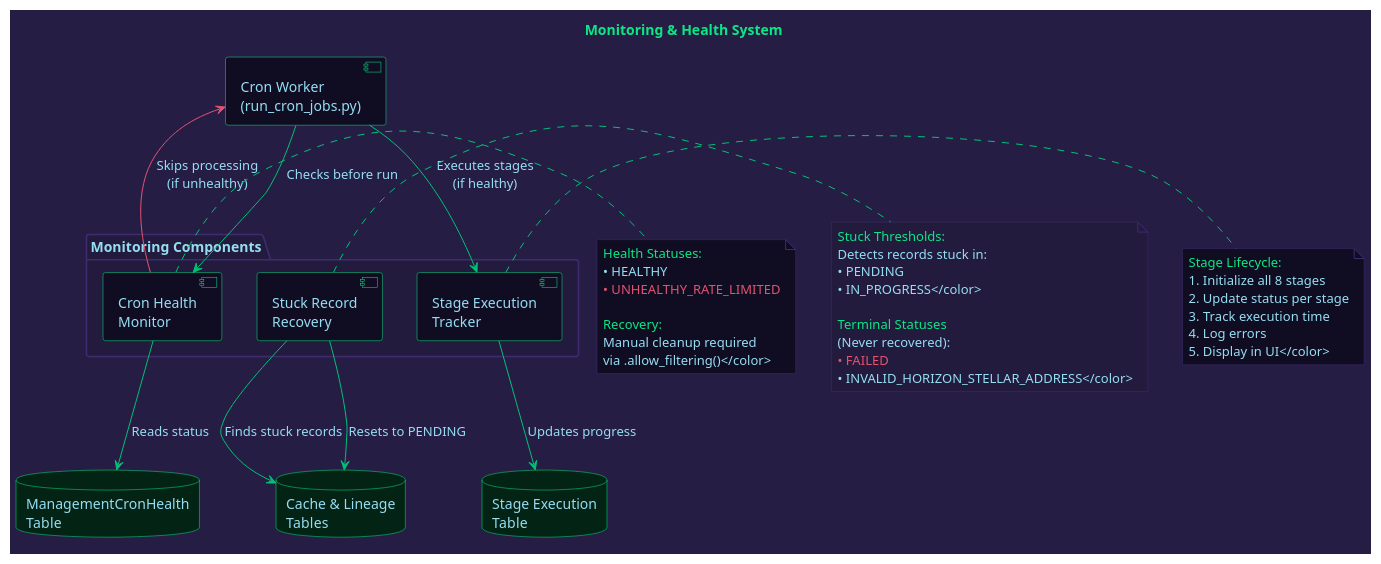
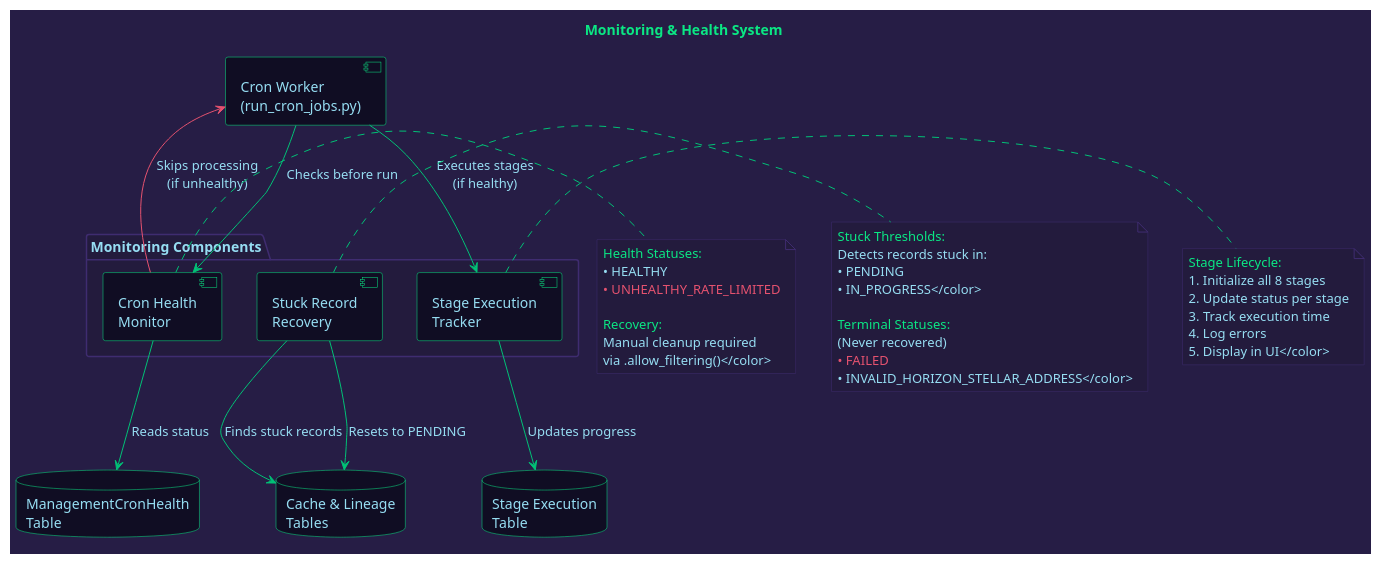
Before and after one commit to areveur51/StellarMapWeb: the diagram in diagrams/05_monitoring_system.puml, drawn with PlantUML. The commit also changed 5 other files, not shown here.

First line of the commit message:
Update diagram appearance to match database schema design

```diff
--- a/diagrams/05_monitoring_system.puml
+++ b/diagrams/05_monitoring_system.puml
@@ -1,87 +1,87 @@
 @startuml Monitoring System
 
 skinparam backgroundColor #261D45
 skinparam defaultFontColor #96DDF2
 
 skinparam component {
   BackgroundColor #100D23
   BorderColor #0BE784
   FontColor #96DDF2
   ArrowColor #01C176
 }
 
 skinparam database {
-  BackgroundColor #032314
+  BackgroundColor #100D23
   BorderColor #0BE784
   FontColor #96DDF2
 }
 
 skinparam package {
   BackgroundColor #231B3D
   BorderColor #3f2c70
   FontColor #96DDF2
 }
 
 skinparam note {
-  BackgroundColor #100D23
+  BackgroundColor #231B3D
   BorderColor #3f2c70
   FontColor #96DDF2
 }
 
 title <color:#0BE784>Monitoring & Health System</color>
 
 package "Monitoring Components" #231B3D {
   component "Cron Health\nMonitor" as CronHealth
   component "Stuck Record\nRecovery" as Recovery
   component "Stage Execution\nTracker" as StageTracker
 }
 
 component "Cron Worker\n(run_cron_jobs.py)" as CronWorker
 
 database "ManagementCronHealth\nTable" as HealthDB
 database "Stage Execution\nTable" as StageDB
 database "Cache & Lineage\nTables" as DataDB
 
 CronWorker -[#01C176]-> CronHealth : "Checks before run"
 CronHealth -[#01C176]-> HealthDB : "Reads status"
 
 CronWorker -[#01C176]-> StageTracker : "Executes stages\n(if healthy)"
 StageTracker -[#01C176]-> StageDB : "Updates progress"
 
 CronHealth -[#E5526F]-> CronWorker : "Skips processing\n(if unhealthy)"
 
 Recovery -[#01C176]-> DataDB : "Finds stuck records"
 Recovery -[#01C176]-> DataDB : "Resets to PENDING"
 
-note right of CronHealth #100D23
+note right of CronHealth #231B3D
   <color:#0BE784>Health Statuses:</color>
   <color:#96DDF2>• HEALTHY</color>
   <color:#E5526F>• UNHEALTHY_RATE_LIMITED</color>
   
   <color:#0BE784>Recovery:</color>
   <color:#96DDF2>Manual cleanup required
   via .allow_filtering()</color>
 end note
 
 note right of Recovery #231B3D
   <color:#0BE784>Stuck Thresholds:</color>
   <color:#96DDF2>Detects records stuck in:
   • PENDING
   • IN_PROGRESS</color>
   
-  <color:#0BE784>Terminal Statuses</color>
-  <color:#96DDF2>(Never recovered):</color>
+  <color:#0BE784>Terminal Statuses:</color>
+  <color:#96DDF2>(Never recovered)</color>
   <color:#E5526F>• FAILED
   • INVALID_HORIZON_STELLAR_ADDRESS</color>
 end note
 
-note right of StageTracker #100D23
+note right of StageTracker #231B3D
   <color:#0BE784>Stage Lifecycle:</color>
   <color:#96DDF2>1. Initialize all 8 stages
   2. Update status per stage
   3. Track execution time
   4. Log errors
   5. Display in UI</color>
 end note
 
 @enduml
```
